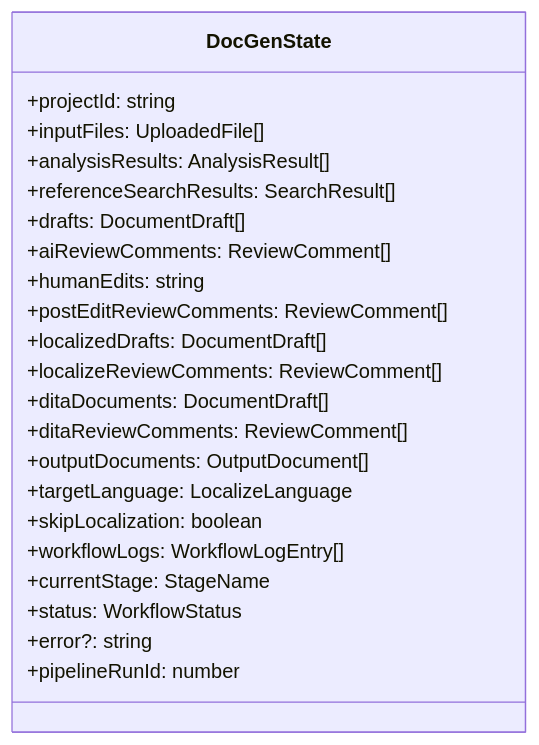
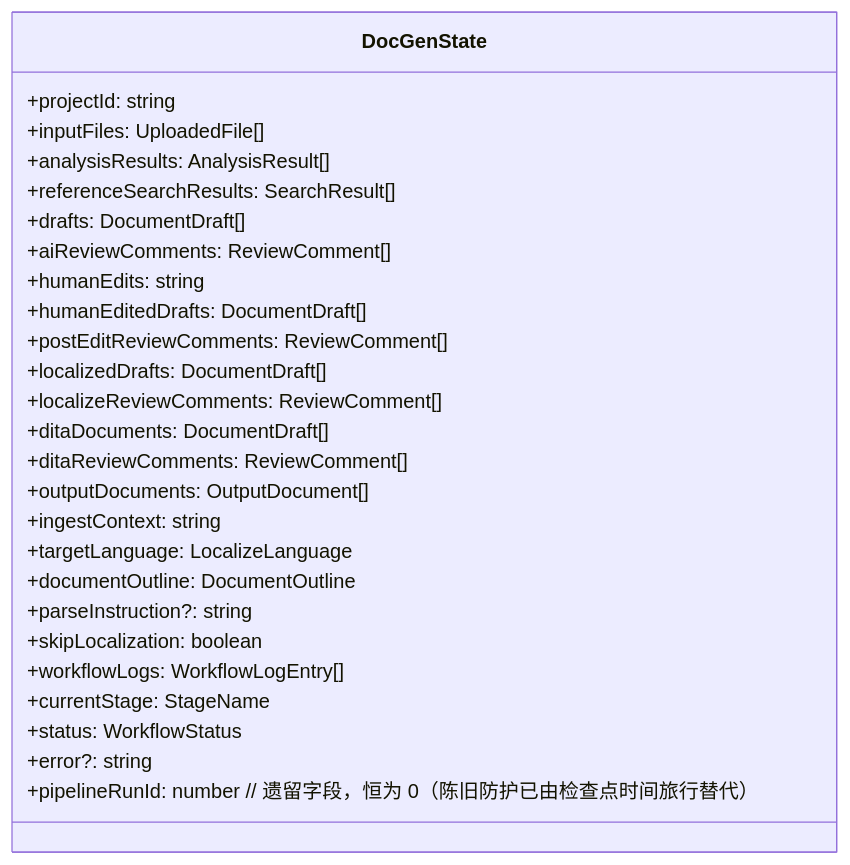
Before and after one commit to lazyloadbox/smart-tech-writter: the second of 3 diagrams in docs/architecture/08-data-models.md, drawn with Mermaid. The commit also changed other lines of this file and 101 other files, not shown here.

````diff
--- a/docs/architecture/08-data-models.md
+++ b/docs/architecture/08-data-models.md
@@ -82,25 +120,29 @@
 ```mermaid
 classDiagram
     class DocGenState {
         +projectId: string
         +inputFiles: UploadedFile[]
         +analysisResults: AnalysisResult[]
         +referenceSearchResults: SearchResult[]
         +drafts: DocumentDraft[]
         +aiReviewComments: ReviewComment[]
         +humanEdits: string
+        +humanEditedDrafts: DocumentDraft[]
         +postEditReviewComments: ReviewComment[]
         +localizedDrafts: DocumentDraft[]
         +localizeReviewComments: ReviewComment[]
         +ditaDocuments: DocumentDraft[]
         +ditaReviewComments: ReviewComment[]
         +outputDocuments: OutputDocument[]
+        +ingestContext: string
         +targetLanguage: LocalizeLanguage
+        +documentOutline: DocumentOutline
+        +parseInstruction?: string
         +skipLocalization: boolean
         +workflowLogs: WorkflowLogEntry[]
         +currentStage: StageName
         +status: WorkflowStatus
         +error?: string
-        +pipelineRunId: number
+        +pipelineRunId: number  // 遗留字段，恒为 0（陈旧防护已由检查点时间旅行替代）
     }
 ```
````
